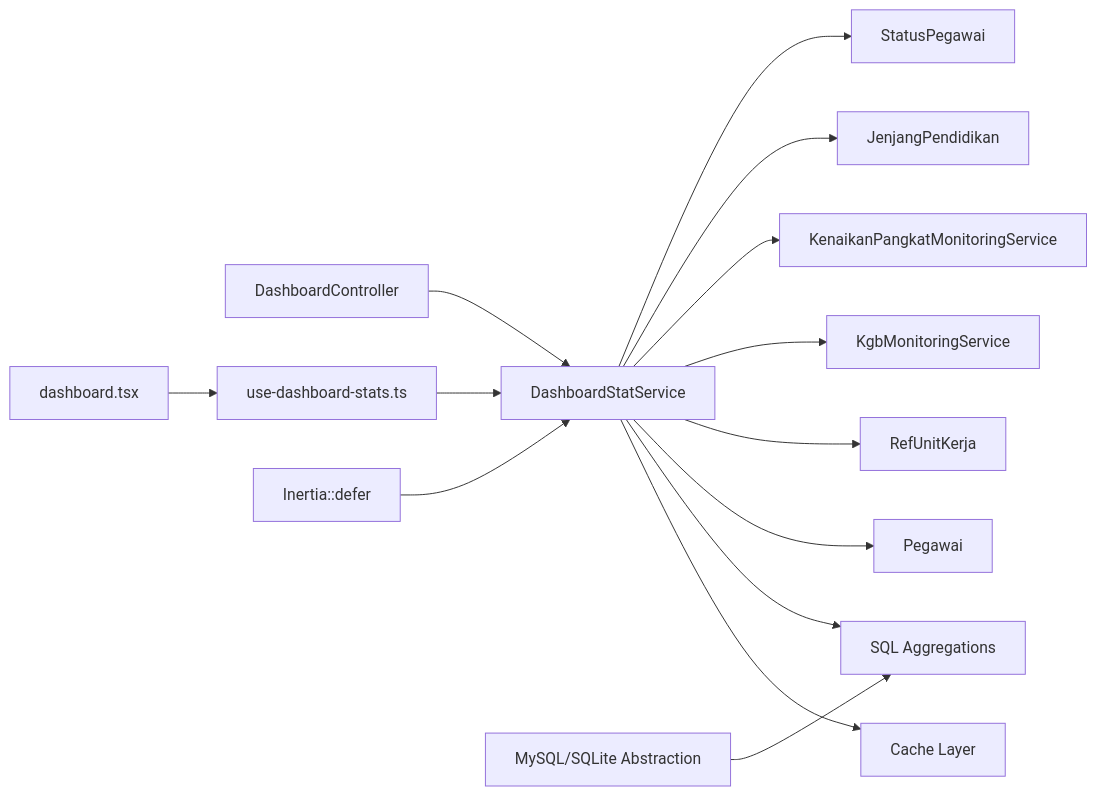
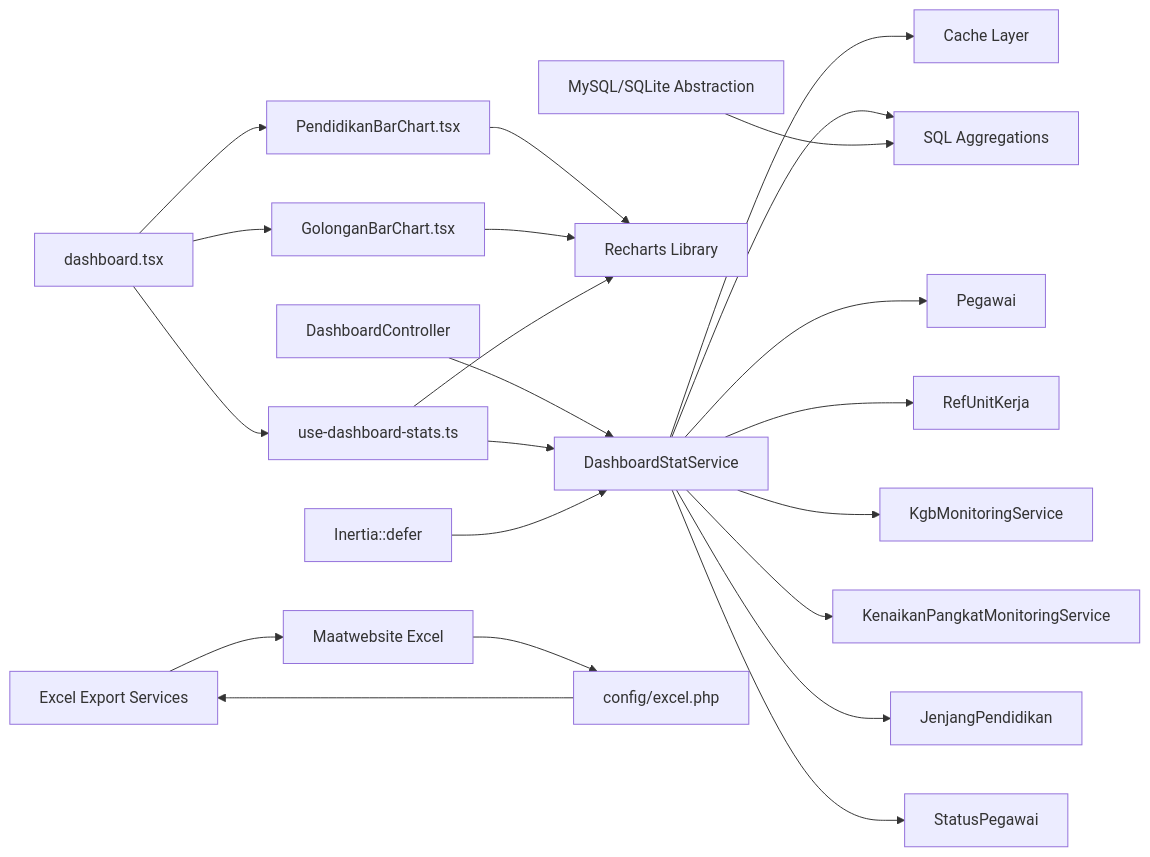
Before and after one commit to PA-Penajam/kepegawaian_apps: the fifth of 5 diagrams in .qoder/repowiki/en/content/Monitoring and Analytics System/Dashboard Analytics and Statistics.md, drawn with Mermaid. The commit also changed other lines of this file and 5 other files, not shown here.

````diff
--- a/.qoder/repowiki/en/content/Monitoring and Analytics System/Dashboard Analytics and Statistics.md
+++ b/.qoder/repowiki/en/content/Monitoring and Analytics System/Dashboard Analytics and Statistics.md
@@ -397,16 +520,24 @@
 ```mermaid
 graph LR
 DSS["DashboardStatService"] --> CACHE["Cache Layer"]
 DSS --> SQL["SQL Aggregations"]
 DSS --> PM["Pegawai"]
 DSS --> RK["RefUnitKerja"]
 DSS --> KGB["KgbMonitoringService"]
 DSS --> KP["KenaikanPangkatMonitoringService"]
 DSS --> JP["JenjangPendidikan"]
 DSS --> SP["StatusPegawai"]
 DC["DashboardController"] --> DSS
 Page["dashboard.tsx"] --> Hook["use-dashboard-stats.ts"]
 Hook --> DSS
+Page --> PendidikanChart["PendidikanBarChart.tsx"]
+Page --> GolonganChart["GolonganBarChart.tsx"]
+PendidikanChart --> Recharts["Recharts Library"]
+GolonganChart --> Recharts
+Hook --> Recharts
 Deferred["Inertia::defer"] --> DSS
 DBAbstraction["MySQL/SQLite Abstraction"] --> SQL
+ExcelExport["Excel Export Services"] --> ExcelPackage["Maatwebsite Excel"]
+ExcelConfig["config/excel.php"] --> ExcelExport
+ExcelPackage --> ExcelConfig
 ```
````
